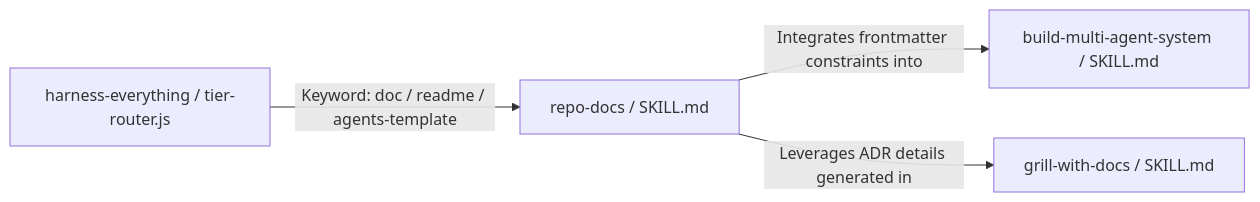
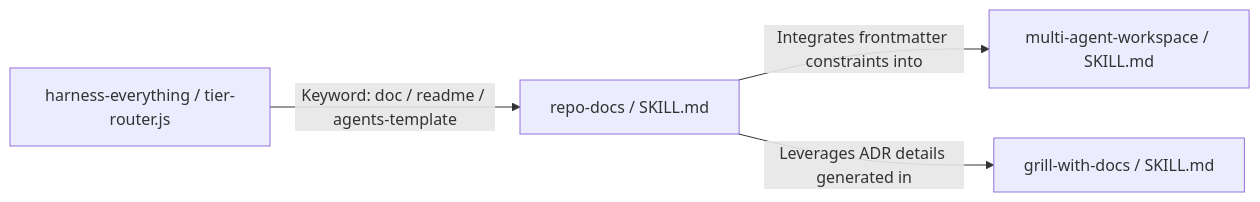
The second of 3 diagrams in docs/workflows/repo-docs.md (dyphn1/Harness-everything), drawn with Mermaid before and after one commit. The commit also changed 77 other files, not shown here.

Commit message:
feat(multi-agent): Unify workspace and specialist launcher

````diff
--- a/docs/workflows/repo-docs.md
+++ b/docs/workflows/repo-docs.md
@@ -33,6 +33,6 @@
 ```mermaid
 graph LR
   Router["harness-everything / tier-router.js"] -->|Keyword: doc / readme / agents-template| RepoDocs["repo-docs / SKILL.md"]
-  RepoDocs -->|Integrates frontmatter constraints into| BMAS["build-multi-agent-system / SKILL.md"]
+  RepoDocs -->|Integrates frontmatter constraints into| BMAS["multi-agent-workspace / SKILL.md"]
   RepoDocs -->|Leverages ADR details generated in| GWD["grill-with-docs / SKILL.md"]
 ```
````
